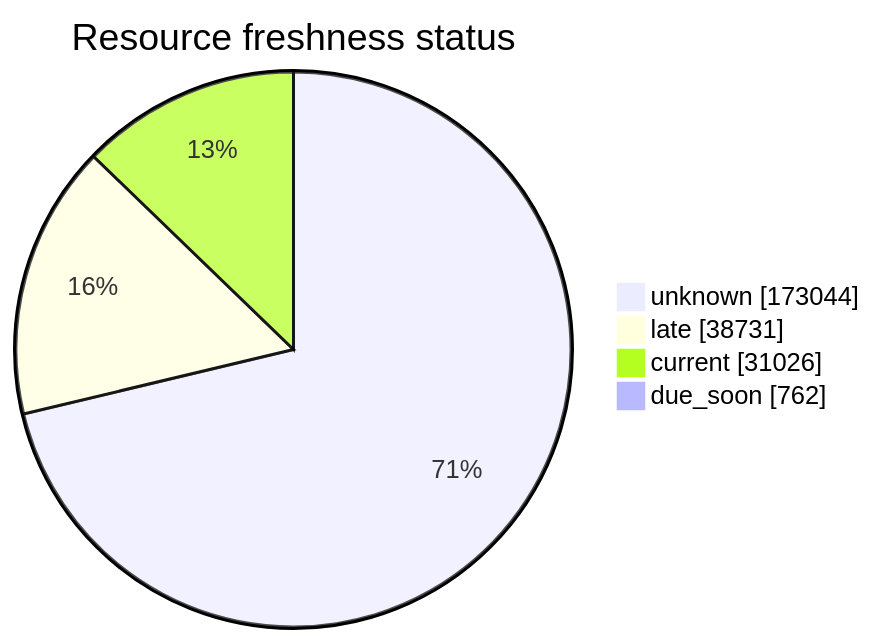
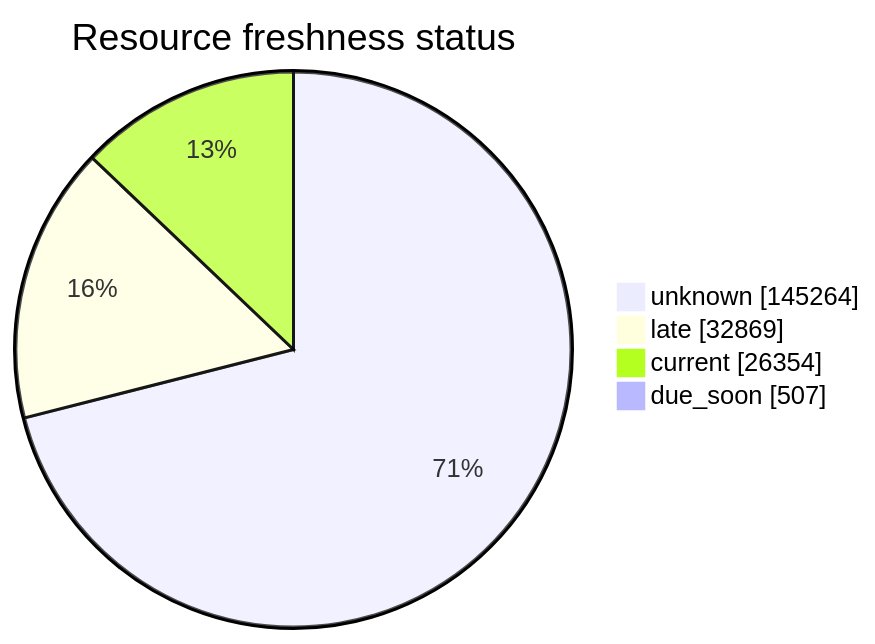
The third of 5 diagrams in FreshCheck/README.md (open-data/analytics-corporate-reporting), drawn with Mermaid before and after one commit. The commit also changed other lines of this file and 3 other files, not shown here.

````diff
--- a/FreshCheck/README.md
+++ b/FreshCheck/README.md
@@ -77,7 +77,7 @@
 ```mermaid
 pie showData title Resource freshness status
-    "unknown": 173044
-    "late": 38731
-    "current": 31026
-    "due_soon": 762
+    "unknown": 145264
+    "late": 32869
+    "current": 26354
+    "due_soon": 507
 ```
````
